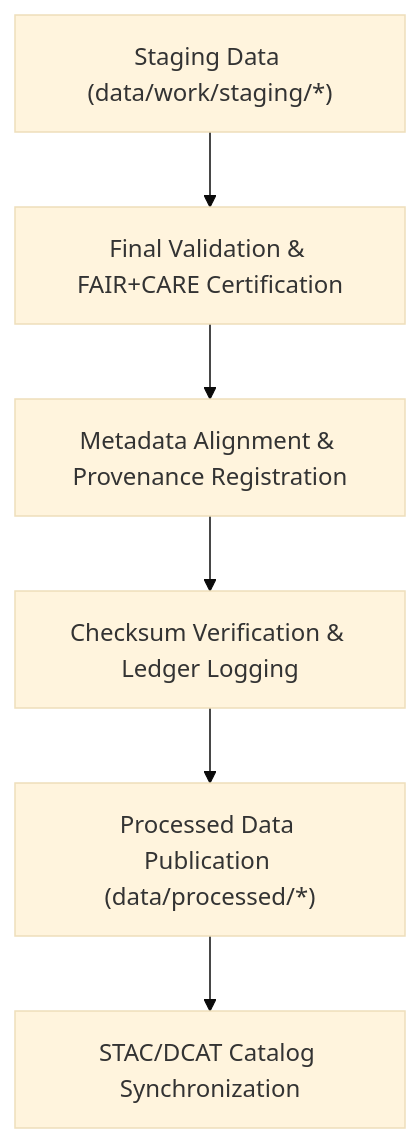
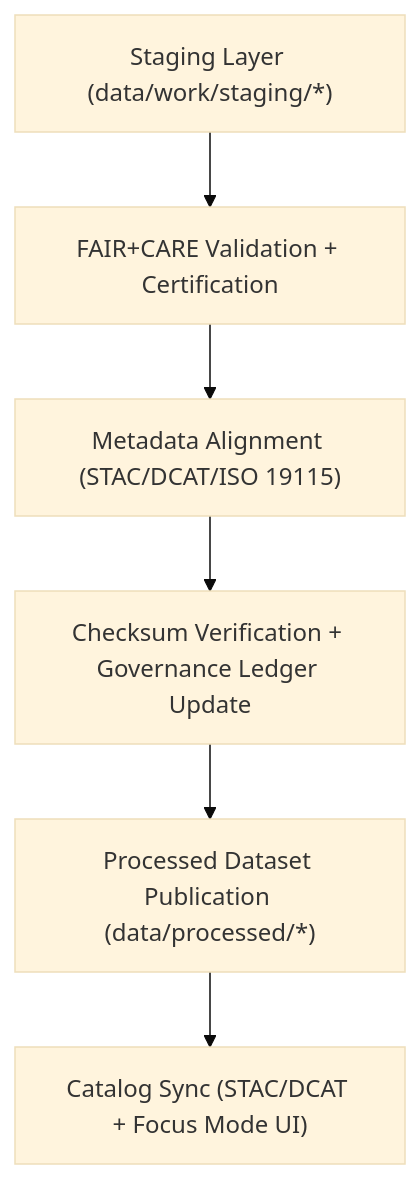
One commit to bartytime4life/Kansas-Frontier-Matrix changed the diagram in data/processed/README.md. Above: the diagram before and after it, drawn with Mermaid (base theme). The commit also changed other lines of this file, not shown here.

````diff
--- a/data/processed/README.md
+++ b/data/processed/README.md
@@ -67,8 +68,8 @@
 ```mermaid
 flowchart TD
-    A["Staging Data (data/work/staging/*)"] --> B["Final Validation & FAIR+CARE Certification"]
-    B --> C["Metadata Alignment & Provenance Registration"]
-    C --> D["Checksum Verification & Ledger Logging"]
-    D --> E["Processed Data Publication (data/processed/*)"]
-    E --> F["STAC/DCAT Catalog Synchronization"]
+    A["Staging Layer (data/work/staging/*)"] --> B["FAIR+CARE Validation + Certification"]
+    B --> C["Metadata Alignment (STAC/DCAT/ISO 19115)"]
+    C --> D["Checksum Verification + Governance Ledger Update"]
+    D --> E["Processed Dataset Publication (data/processed/*)"]
+    E --> F["Catalog Sync (STAC/DCAT + Focus Mode UI)"]
 ```
````
